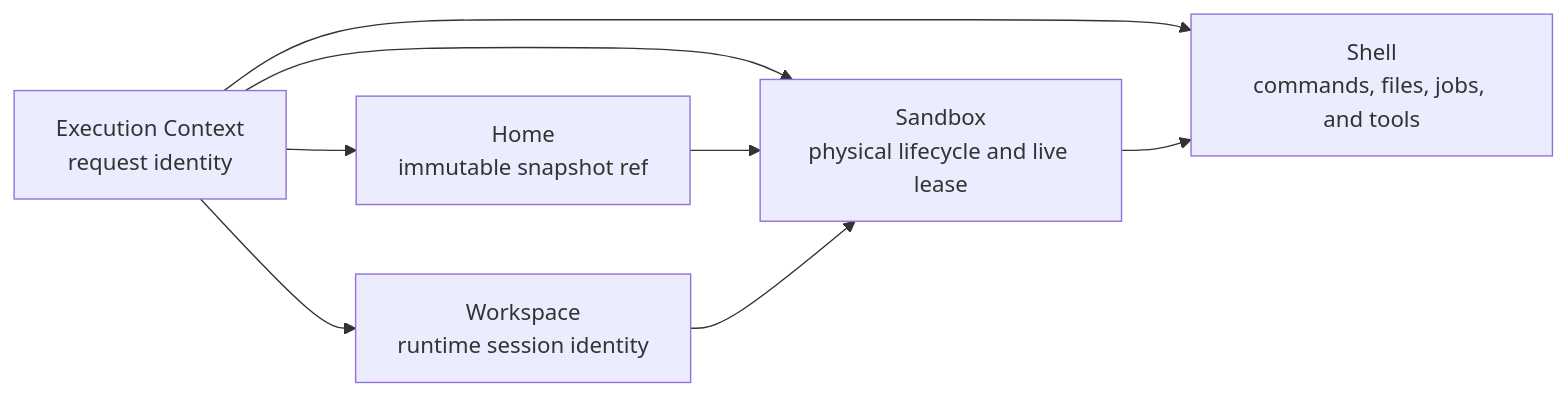
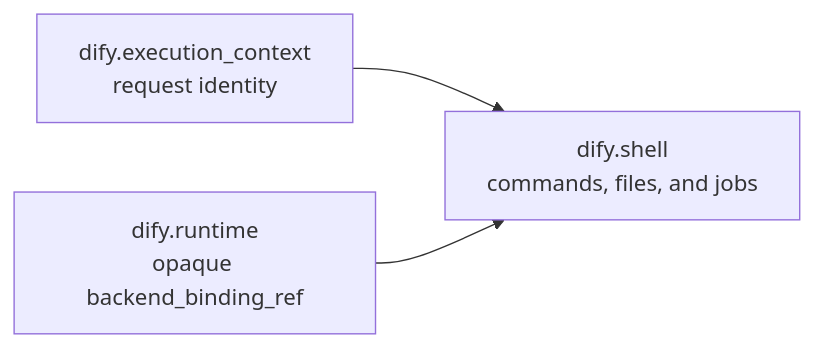
One commit to langgenius/dify changed the diagram in dify-agent/docs/dify-agent/concepts/runtime-resources/index.md. Above: the diagram before and after it, drawn with Mermaid. The commit also changed other lines of this file and 125 other files, not shown here.

````diff
--- a/dify-agent/docs/dify-agent/concepts/runtime-resources/index.md
+++ b/dify-agent/docs/dify-agent/concepts/runtime-resources/index.md
@@ -11,16 +23,9 @@
 ```mermaid
 flowchart LR
-    EC["Execution Context<br/>request identity"]
-    HOME["Home<br/>immutable snapshot ref"]
-    WS["Workspace<br/>runtime session identity"]
-    SBX["Sandbox<br/>physical lifecycle and live lease"]
-    SH["Shell<br/>commands, files, jobs, and tools"]
+    EC["dify.execution_context<br/>request identity"]
+    RT["dify.runtime<br/>opaque backend_binding_ref"]
+    SH["dify.shell<br/>commands, files, and jobs"]
 
-    EC --> HOME
-    EC --> WS
-    EC --> SBX
-    HOME --> SBX
-    WS --> SBX
     EC --> SH
-    SBX --> SH
+    RT --> SH
 ```
````
